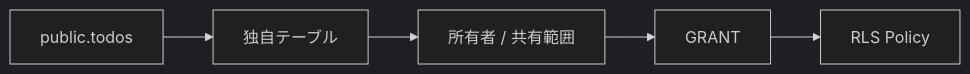
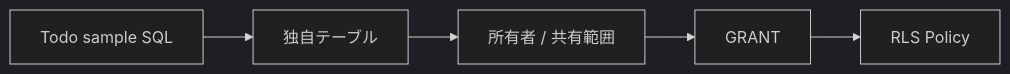
Before and after one commit to k-systems202208/nextjs-supabase-vercel-webapp-template: the fourth of 6 diagrams in docs/CUSTOMIZING.md, drawn with Mermaid (dark theme). The commit also changed other lines of this file and 15 other files, not shown here.

````diff
--- a/docs/CUSTOMIZING.md
+++ b/docs/CUSTOMIZING.md
@@ -103,7 +135,7 @@
 ```mermaid
 flowchart LR
-    A["public.todos"] --> B["独自テーブル"]
+    A["Todo sample SQL"] --> B["独自テーブル"]
     B --> C["所有者 / 共有範囲"]
     C --> D["GRANT"]
     D --> E["RLS Policy"]
 ```
````
